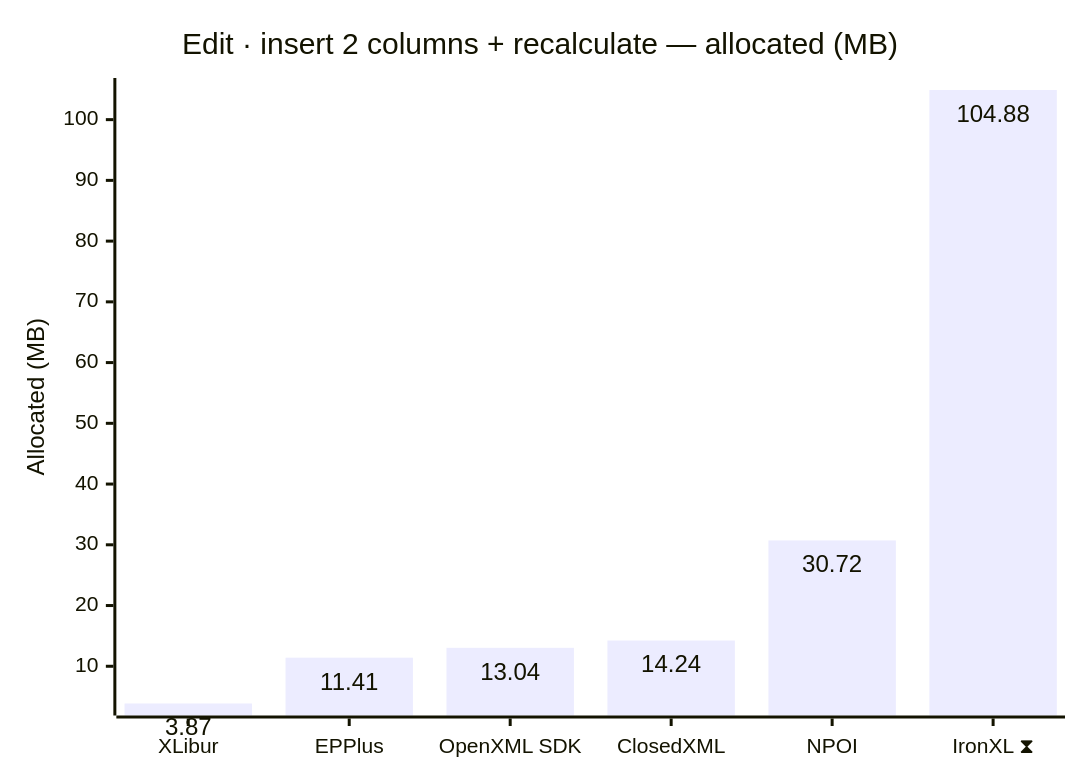
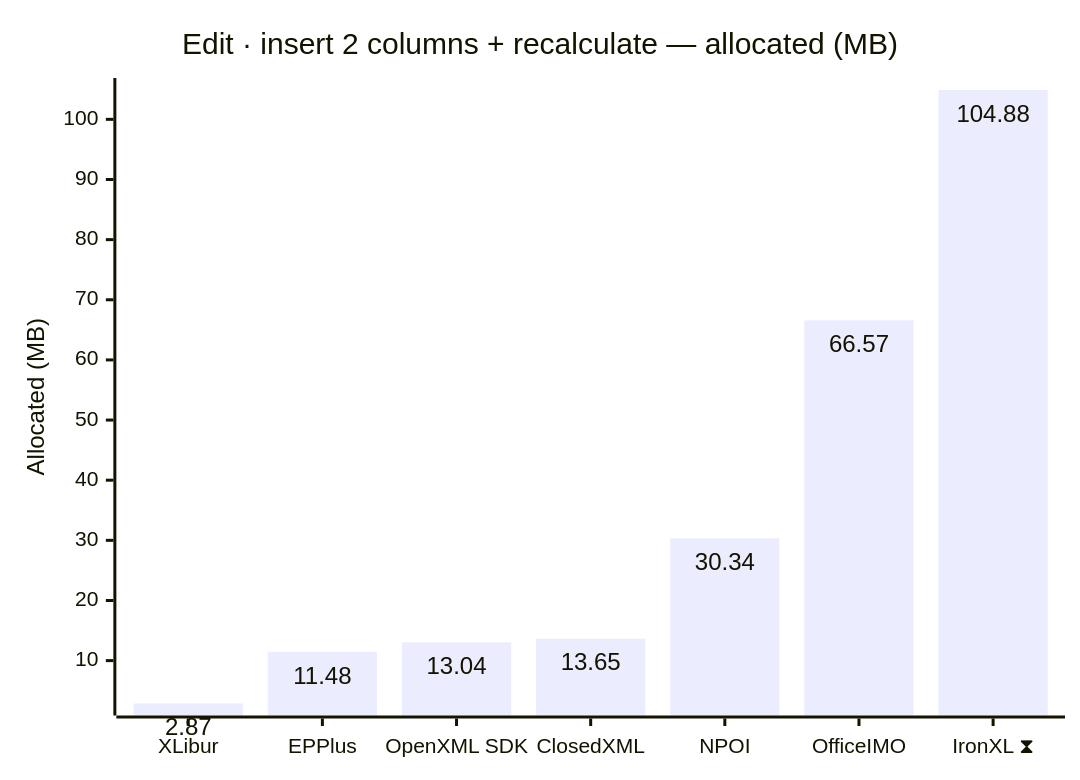
One commit to jafin/XLBench changed diagram 12 of 12 in docs/results-ci.md. Above: the diagram before and after it, drawn with Mermaid. The commit also changed other lines of this file, not shown here.

````diff
--- a/docs/results-ci.md
+++ b/docs/results-ci.md
@@ -184,12 +186,12 @@
 ```mermaid
 ---
 config:
   xyChart:
     showDataLabel: true
 ---
 xychart-beta
     title "Edit · insert 2 columns + recalculate — allocated (MB)"
-    x-axis ["XLibur", "EPPlus", "OpenXML SDK", "ClosedXML", "NPOI", "IronXL ⧗"]
+    x-axis ["XLibur", "EPPlus", "OpenXML SDK", "ClosedXML", "NPOI", "OfficeIMO", "IronXL ⧗"]
     y-axis "Allocated (MB)"
-    bar [3.87, 11.41, 13.04, 14.24, 30.72, 104.88]
+    bar [2.87, 11.48, 13.04, 13.65, 30.34, 66.57, 104.88]
 ```
````
